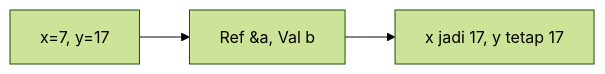
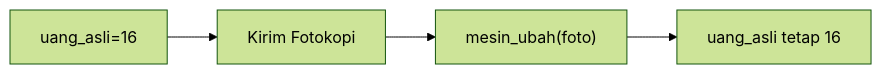
Before and after one commit to amnahwaida/OSNK_INF_PREP: the ninth of 25 diagrams in part-c-pemahaman-cpp/04-fungsi/latihan/set-07.md, drawn with Mermaid (forest theme). The commit also changed other lines of this file and 71 other files, not shown here.

````diff
--- a/part-c-pemahaman-cpp/04-fungsi/latihan/set-07.md
+++ b/part-c-pemahaman-cpp/04-fungsi/latihan/set-07.md
@@ -231,5 +245,6 @@
 ```mermaid
 graph LR
-A["x=7, y=17"] --> B["Ref &a, Val b"]
-B --> C["x jadi 17, y tetap 17"]
+A["uang_asli=16"] --> B["Kirim Fotokopi"]
+B --> C["mesin_ubah(foto)"]
+C --> D["uang_asli tetap 16"]
 ```
````
